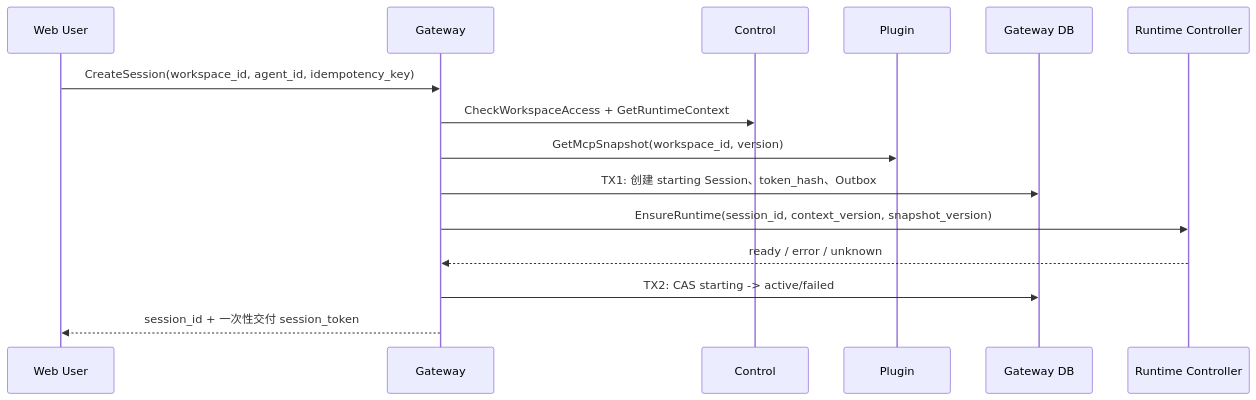
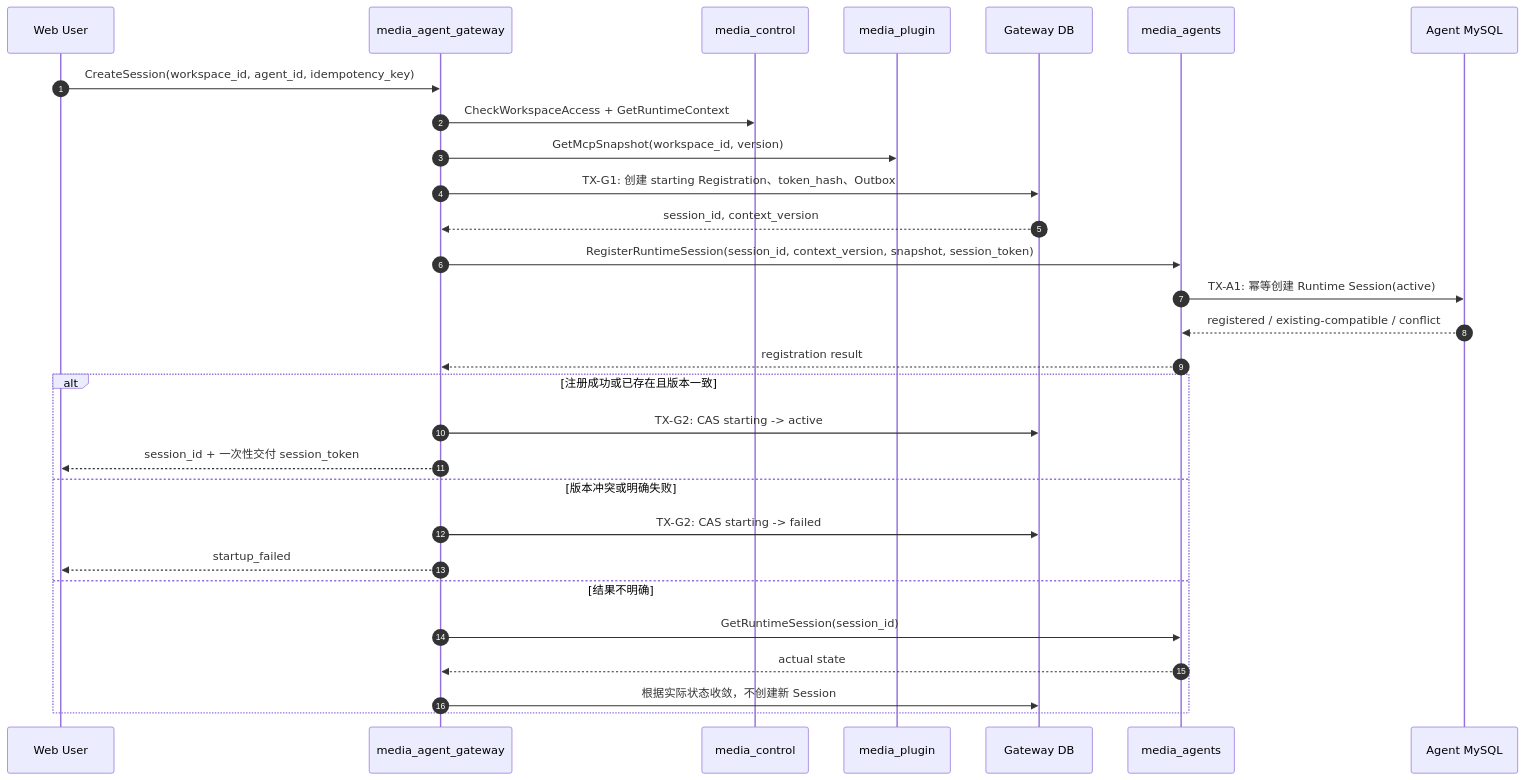
The diagram in docs/ddd/workflow/0002-agent-session-startup/agent_session_startup.md (hotttao/media_agent), drawn with Mermaid before and after one commit. The commit also changed other lines of this file and 18 other files, not shown here.

Commit message:
docs: move turn ownership to agent runtime

````diff
--- a/docs/ddd/workflow/0002-agent-session-startup/agent_session_startup.md
+++ b/docs/ddd/workflow/0002-agent-session-startup/agent_session_startup.md
@@ -12,17 +29,32 @@
 ```mermaid
 sequenceDiagram
+    autonumber
     participant U as Web User
-    participant G as Gateway
-    participant C as Control
-    participant P as Plugin
-    participant DB as Gateway DB
-    participant R as Runtime Controller
+    participant G as media_agent_gateway
+    participant C as media_control
+    participant P as media_plugin
+    participant GD as Gateway DB
+    participant A as media_agents
+    participant AD as Agent MySQL
+
     U->>G: CreateSession(workspace_id, agent_id, idempotency_key)
     G->>C: CheckWorkspaceAccess + GetRuntimeContext
     G->>P: GetMcpSnapshot(workspace_id, version)
-    G->>DB: TX1: 创建 starting Session、token_hash、Outbox
-    G->>R: EnsureRuntime(session_id, context_version, snapshot_version)
-    R-->>G: ready / error / unknown
-    G->>DB: TX2: CAS starting -> active/failed
-    G-->>U: session_id + 一次性交付 session_token
+    G->>GD: TX-G1: 创建 starting Registration、token_hash、Outbox
+    GD-->>G: session_id, context_version
+    G->>A: RegisterRuntimeSession(session_id, context_version, snapshot, session_token)
+    A->>AD: TX-A1: 幂等创建 Runtime Session(active)
+    AD-->>A: registered / existing-compatible / conflict
+    A-->>G: registration result
+    alt 注册成功或已存在且版本一致
+        G->>GD: TX-G2: CAS starting -> active
+        G-->>U: session_id + 一次性交付 session_token
+    else 版本冲突或明确失败
+        G->>GD: TX-G2: CAS starting -> failed
+        G-->>U: startup_failed
+    else 结果不明确
+        G->>A: GetRuntimeSession(session_id)
+        A-->>G: actual state
+        G->>GD: 根据实际状态收敛，不创建新 Session
+    end
 ```
````
